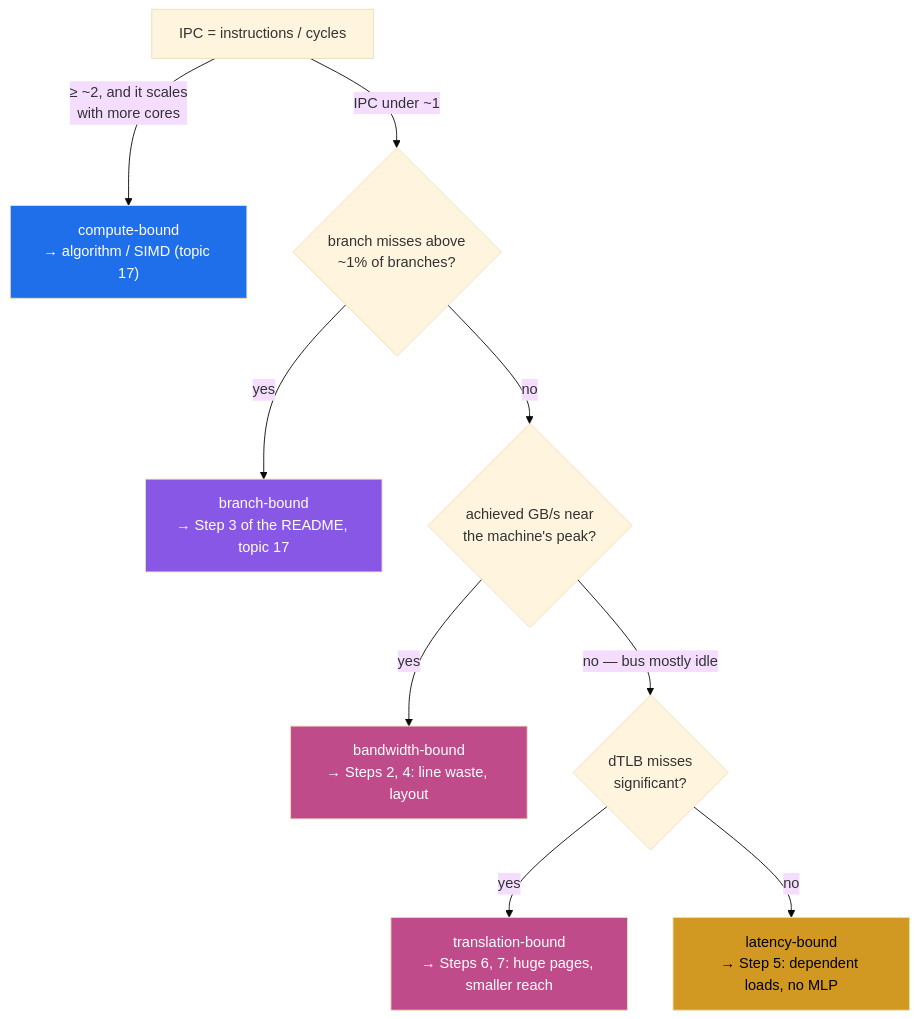
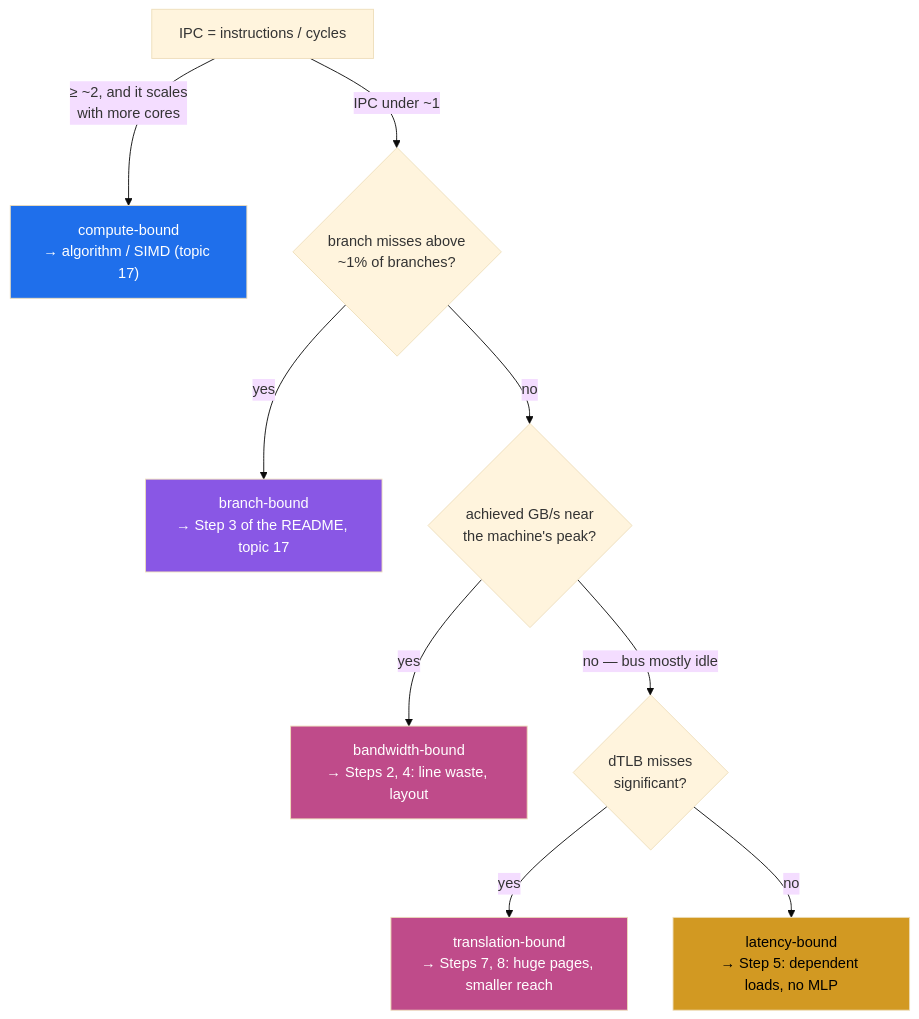
The diagram in topics/00-performance-toolbox/reading-drepper.md (AviAvni/database-learning-path), drawn with Mermaid (base theme) before and after one commit. The commit also changed other lines of this file and 4 other files, not shown here.

````diff
--- a/topics/00-performance-toolbox/reading-drepper.md
+++ b/topics/00-performance-toolbox/reading-drepper.md
@@ -333,16 +973,16 @@
 ```mermaid
 flowchart TD
     A["IPC = instructions / cycles"] -->|"≥ ~2, and it scales<br/>with more cores"| B["compute-bound<br/>→ algorithm / SIMD (topic 17)"]
     A -->|"IPC under ~1"| C{"branch misses above<br/>~1% of branches?"}
     C -->|yes| D["branch-bound<br/>→ Step 3 of the README, topic 17"]
     C -->|no| E{"achieved GB/s near<br/>the machine's peak?"}
     E -->|yes| F["bandwidth-bound<br/>→ Steps 2, 4: line waste, layout"]
     E -->|"no — bus mostly idle"| G{"dTLB misses<br/>significant?"}
-    G -->|yes| H["translation-bound<br/>→ Steps 6, 7: huge pages, smaller reach"]
+    G -->|yes| H["translation-bound<br/>→ Steps 7, 8: huge pages, smaller reach"]
     G -->|no| I["latency-bound<br/>→ Step 5: dependent loads, no MLP"]
     style B fill:#1f6feb,color:#fff
     style D fill:#8957e5,color:#fff
     style F fill:#bf4b8a,color:#fff
     style H fill:#bf4b8a,color:#fff
     style I fill:#d29922,color:#000
 ```
````
